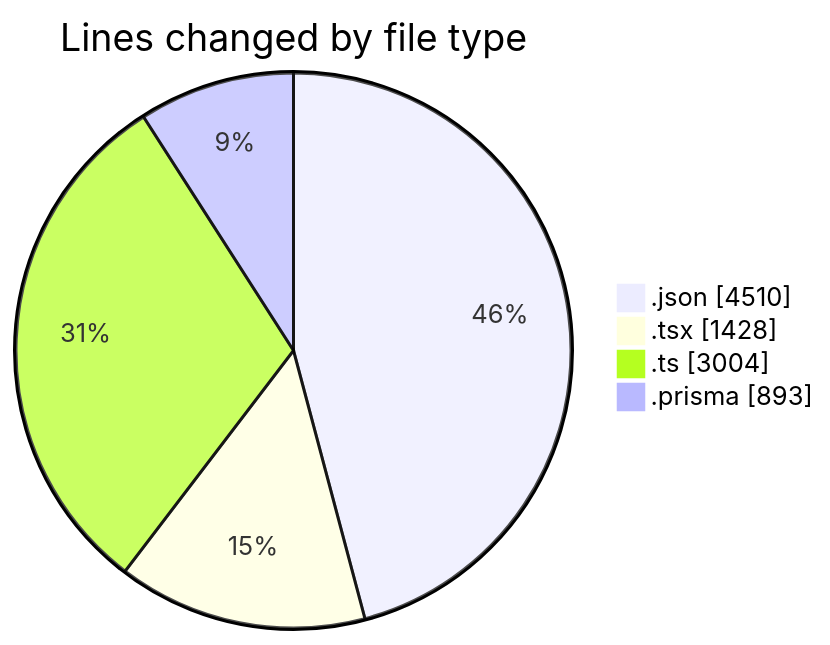
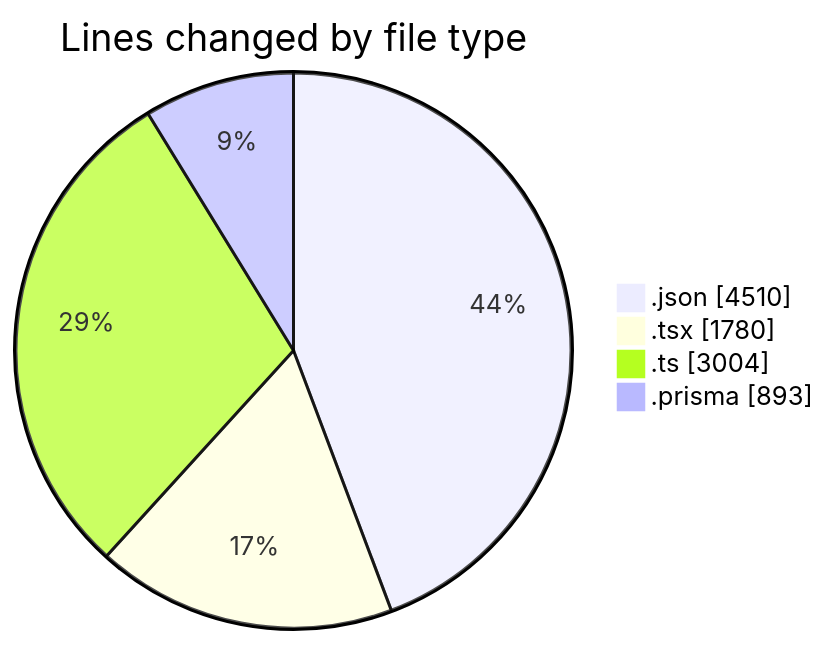
The first of 2 diagrams in 2025-05-05/ecodeli/README.md (CELIANVF/code-tracking), drawn with Mermaid before and after one commit. The commit also changed other lines of this file and 1 other file, not shown here.

````diff
--- a/2025-05-05/ecodeli/README.md
+++ b/2025-05-05/ecodeli/README.md
@@ -36,8 +37,8 @@
 ```mermaid
 pie showData
 title Lines changed by file type
 ".json" : 4510
-".tsx" : 1428
+".tsx" : 1780
 ".ts" : 3004
 ".prisma" : 893
 ```
````
